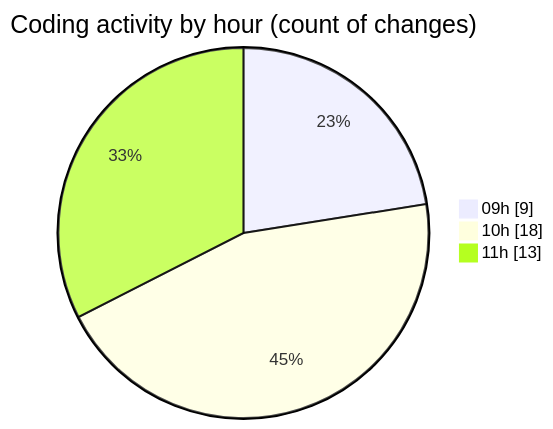
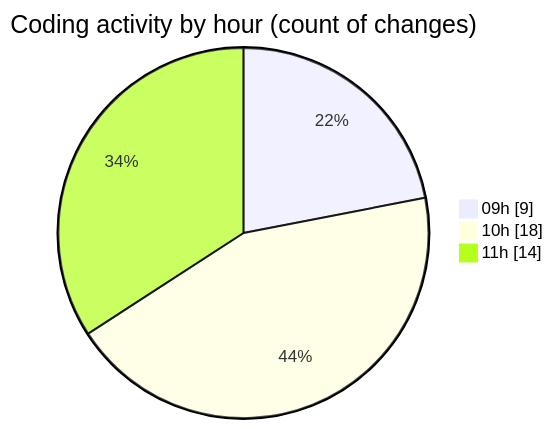
One commit to momahboobian/code-tracking changed the second of 2 diagrams in 2025-03-24/cda/README.md. Above: the diagram before and after it, drawn with Mermaid. The commit also changed other lines of this file and 1 other file, not shown here.

````diff
--- a/2025-03-24/cda/README.md
+++ b/2025-03-24/cda/README.md
@@ -42,7 +42,7 @@
 ```mermaid
 pie showData
 title Coding activity by hour (count of changes)
 "09h" : 9
 "10h" : 18
-"11h" : 13
+"11h" : 14
 ```
````
